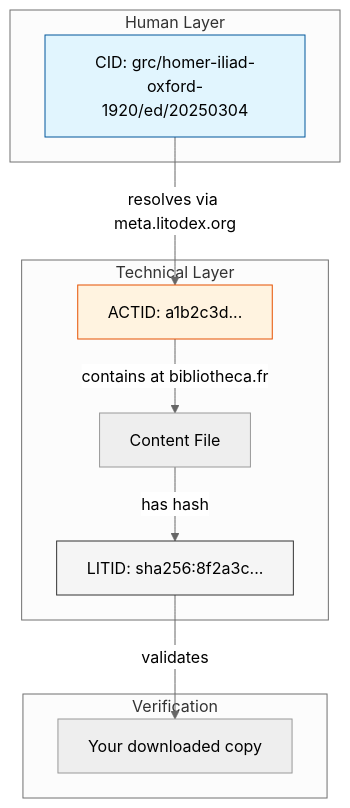
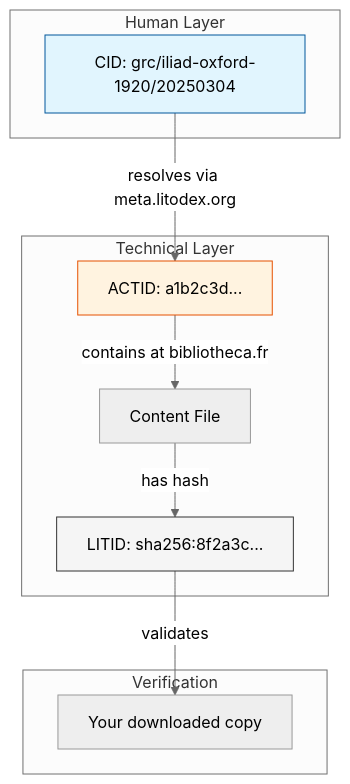
Before and after one commit to deyanovich/litodex: the fourth of 4 diagrams in README.md, drawn with Mermaid (neutral theme). The commit also changed other lines of this file, not shown here.

````diff
--- a/README.md
+++ b/README.md
@@ -1475,20 +1453,20 @@
 ```mermaid
 graph TB
     subgraph "Human Layer"
-        CID[CID: grc/homer-iliad-oxford-1920/ed/20250304]
+        CID[CID: grc/iliad-oxford-1920/20250304]
     end
     
     subgraph "Technical Layer"
         CID -->|resolves via meta.litodex.org| ACTID[ACTID: a1b2c3d...]
         ACTID -->|contains at bibliotheca.fr| CONTENT[Content File]
         CONTENT -->|has hash| LITID[LITID: sha256:8f2a3c...]
     end
     
     subgraph "Verification"
         LITID -->|validates| FILE[Your downloaded copy]
     end
     
     style CID fill:#e1f5fe,stroke:#01579b
     style ACTID fill:#fff3e0,stroke:#e65100
     style LITID fill:#f5f5f5,stroke:#333
 ```
````
